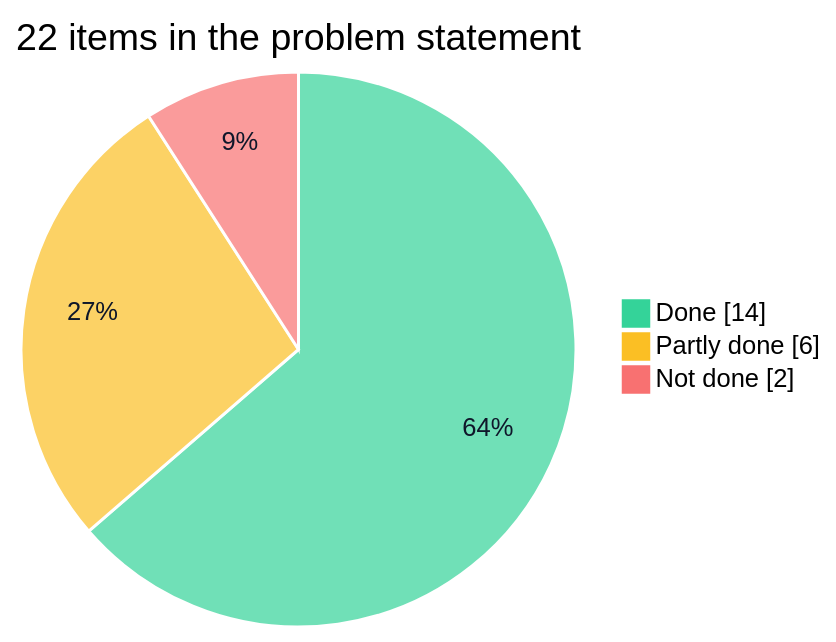
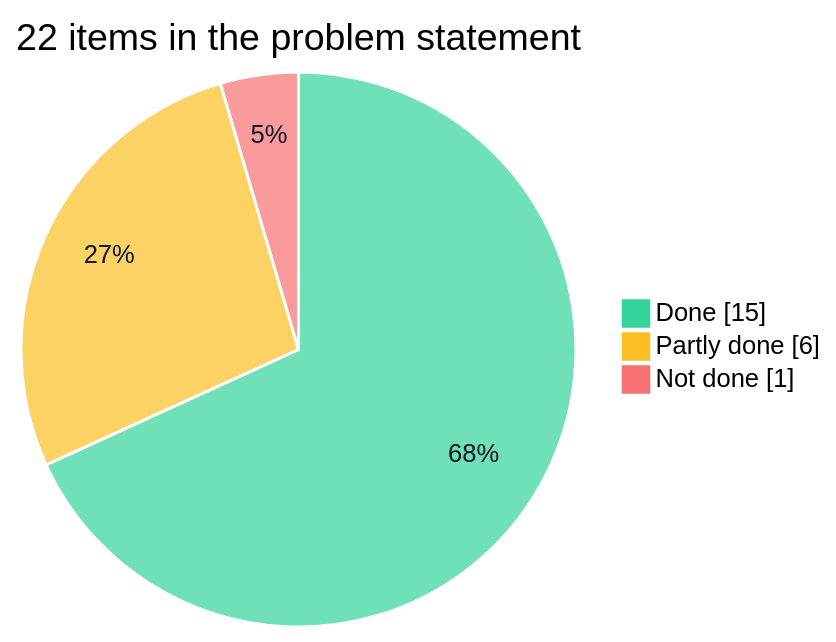
The diagram in docs/PROBLEM_STATEMENT_COVERAGE.md (Humanoid2005/MOSIP_Decode), drawn with Mermaid before and after one commit. The commit also changed other lines of this file and 14 other files, not shown here.

````diff
--- a/docs/PROBLEM_STATEMENT_COVERAGE.md
+++ b/docs/PROBLEM_STATEMENT_COVERAGE.md
@@ -5,7 +5,7 @@
 ```mermaid
 %%{init: {"themeVariables": {"pie1": "#34d399", "pie2": "#fbbf24", "pie3": "#f87171", "pieStrokeColor": "#ffffff", "pieSectionTextColor": "#0f172a", "pieOuterStrokeWidth": "0px"}}}%%
 pie showData title 22 items in the problem statement
-    "Done" : 14
+    "Done" : 15
     "Partly done" : 6
-    "Not done" : 2
+    "Not done" : 1
 ```
````
